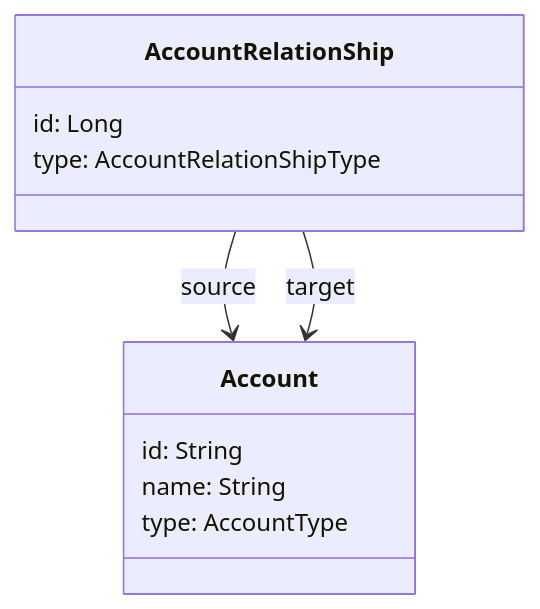
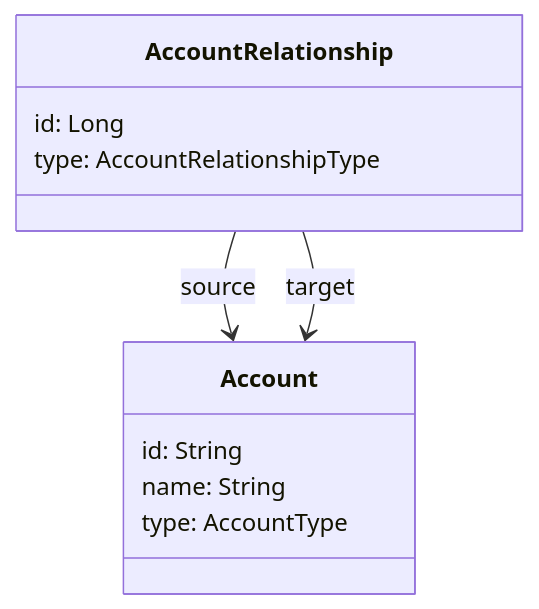
Before and after one commit to scalasm/entitlements-demo: the first of 2 diagrams in docs/data-model.md, drawn with Mermaid. The commit also changed other lines of this file, not shown here.

Commit message:
Updated data model diagram to include product bundles & C.

````diff
--- a/docs/data-model.md
+++ b/docs/data-model.md
@@ -14,16 +14,16 @@
 ```mermaid
 classDiagram
     class Account {
         id: String
         name: String 
         type: AccountType
     }
 
-    class AccountRelationShip {
+    class AccountRelationship {
         id: Long
-        type: AccountRelationShipType
+        type: AccountRelationshipType
     }
 
-    AccountRelationShip --> Account: source
-    AccountRelationShip --> Account: target
+    AccountRelationship --> Account: source
+    AccountRelationship --> Account: target
 ```
````
